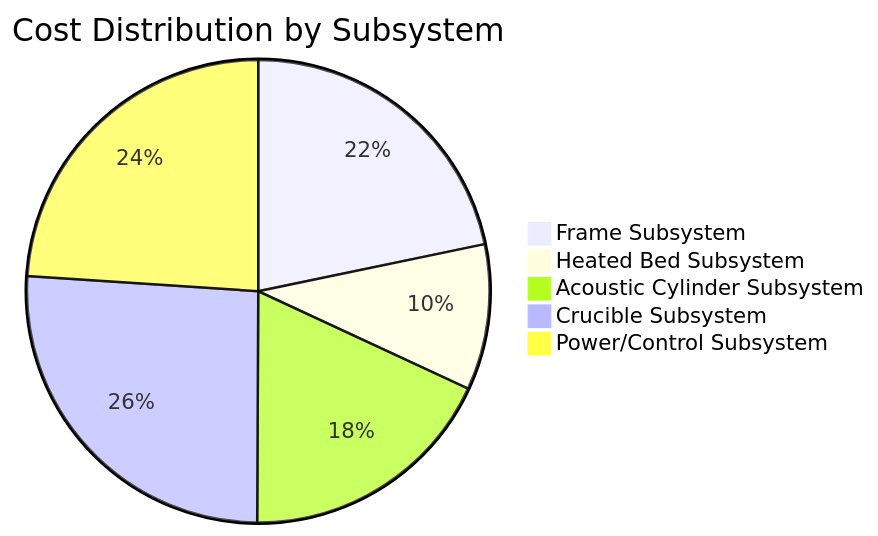
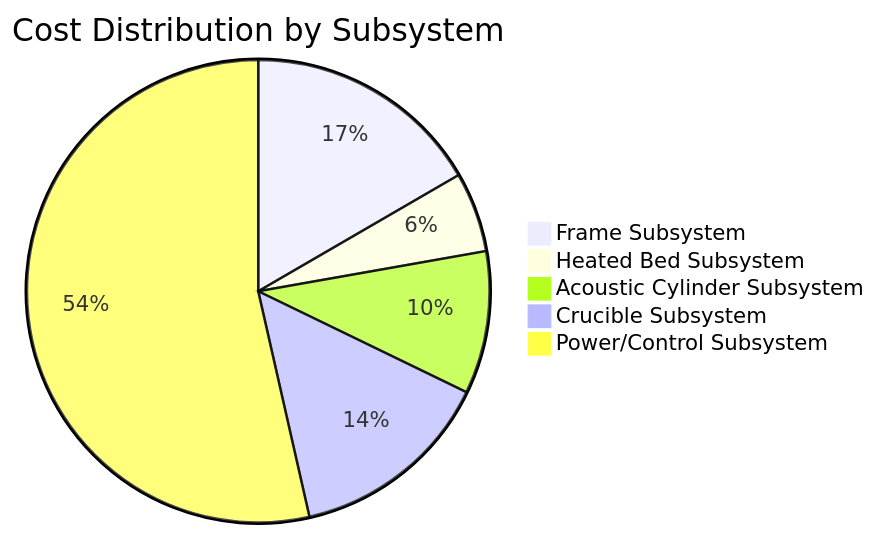
One commit to jnarwell/drip changed the first of 2 diagrams in docs/dashboard.md. Above: the diagram before and after it, drawn with Mermaid. The commit also changed other lines of this file and 45 other files, not shown here.

First line of the commit message:
Refactor power architecture for AC/DC separation

````diff
--- a/docs/dashboard.md
+++ b/docs/dashboard.md
@@ -48,8 +48,8 @@
 ```mermaid
 pie title Cost Distribution by Subsystem
-    "Frame Subsystem" : 3040
+    "Frame Subsystem" : 4240
     "Heated Bed Subsystem" : 1424
     "Acoustic Cylinder Subsystem" : 2540
     "Crucible Subsystem" : 3634
-    "Power/Control Subsystem" : 3350
+    "Power/Control Subsystem" : 13650
 ```
````
